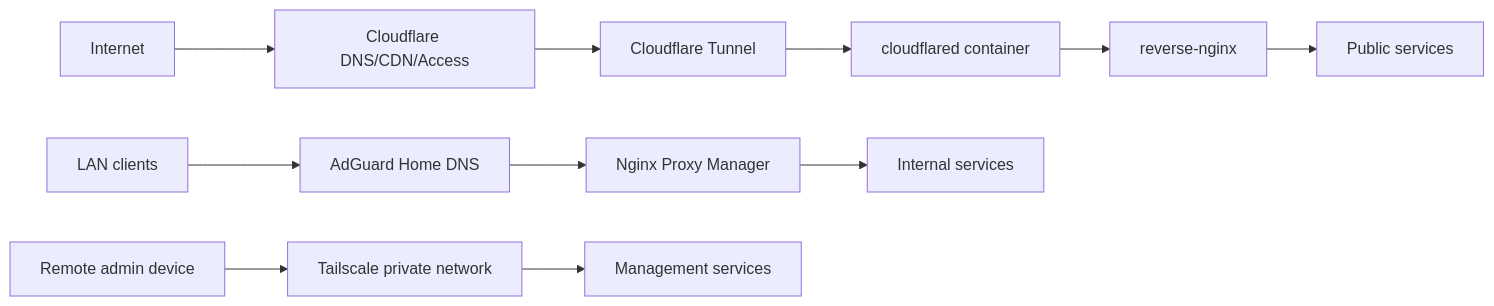
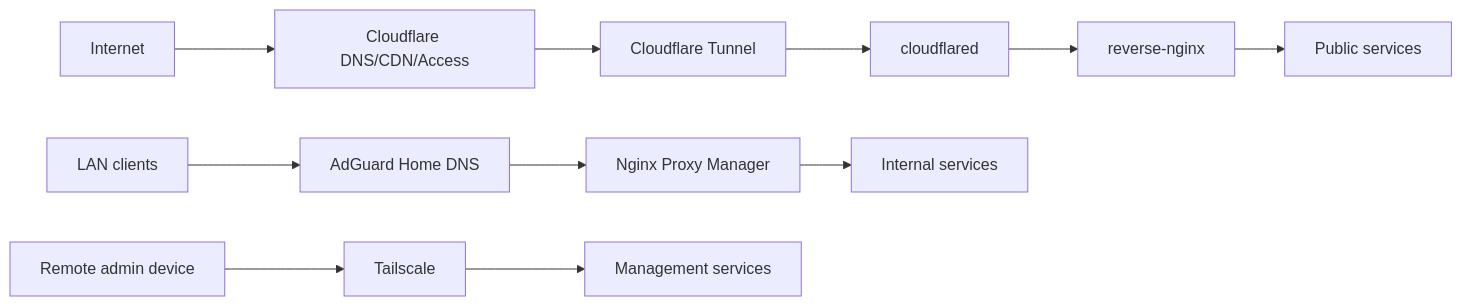
The diagram in README.md (ryoo2001/homelab-infra), drawn with Mermaid before and after one commit. The commit also changed other lines of this file and 7 other files, not shown here.

````diff
--- a/README.md
+++ b/README.md
@@ -30,15 +40,15 @@
 ```mermaid
 flowchart LR
   internet[Internet] --> cf[Cloudflare DNS/CDN/Access]
   cf --> tunnel[Cloudflare Tunnel]
-  tunnel --> cloudflared[cloudflared container]
+  tunnel --> cloudflared[cloudflared]
   cloudflared --> reverse[reverse-nginx]
   reverse --> publicServices[Public services]
 
   lan[LAN clients] --> adguard[AdGuard Home DNS]
   adguard --> npm[Nginx Proxy Manager]
   npm --> internalServices[Internal services]
 
-  remote[Remote admin device] --> tailscale[Tailscale private network]
+  remote[Remote admin device] --> tailscale[Tailscale]
   tailscale --> management[Management services]
 ```
````
